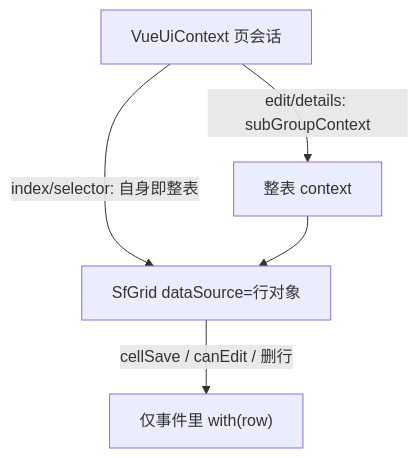
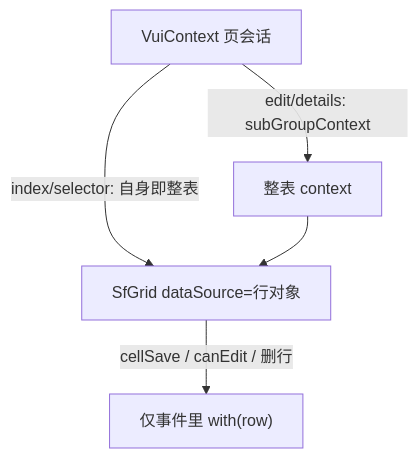
Before and after one commit to Roy7611/mmda-vue: the first of 4 diagrams in packages/vui-syncfusion/docs/sf-grid-design.md, drawn with Mermaid. The commit also changed other lines of this file and 62 other files, not shown here.

````diff
--- a/packages/vui-syncfusion/docs/sf-grid-design.md
+++ b/packages/vui-syncfusion/docs/sf-grid-design.md
@@ -41,11 +41,11 @@
 ```mermaid
 flowchart TB
-  page["VueUiContext 页会话"]
+  page["VuiContext 页会话"]
   tableCtx["整表 context"]
   grid["SfGrid dataSource=行对象"]
   rowEvt["仅事件里 with(row)"]
   page -->|"index/selector: 自身即整表"| grid
   page -->|"edit/details: subGroupContext"| tableCtx
   tableCtx --> grid
   grid -->|"cellSave / canEdit / 删行"| rowEvt
 ```
````
